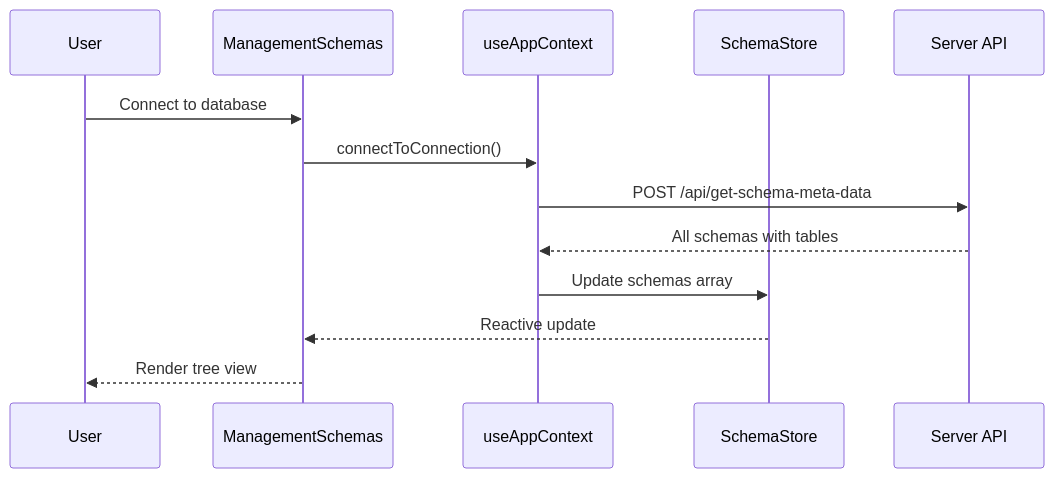
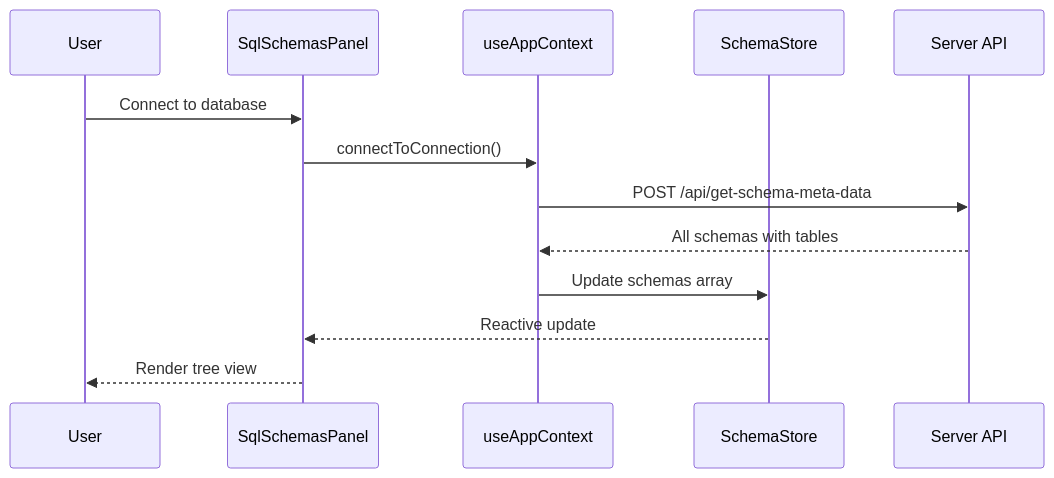
Before and after one commit to cin12211/orca-q: the seventh of 15 diagrams in docs/MODULE_FLOWS.md, drawn with Mermaid. The commit also changed other lines of this file and 10 other files, not shown here.

First line of the commit message:
docs: document the primary sidebar flow and the driver layout

````diff
--- a/docs/MODULE_FLOWS.md
+++ b/docs/MODULE_FLOWS.md
@@ -213,16 +213,16 @@
 ```mermaid
 sequenceDiagram
     participant U as User
-    participant MS as ManagementSchemas
+    participant MS as SqlSchemasPanel
     participant Context as useAppContext
     participant Store as SchemaStore
     participant API as Server API
 
     U->>MS: Connect to database
     MS->>Context: connectToConnection()
     Context->>API: POST /api/get-schema-meta-data
     API-->>Context: All schemas with tables
     Context->>Store: Update schemas array
     Store-->>MS: Reactive update
     MS-->>U: Render tree view
 ```
````
